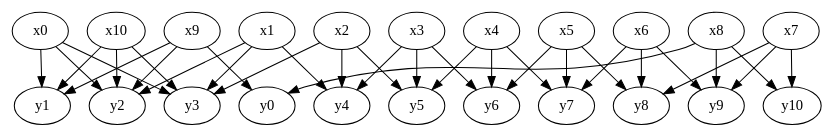
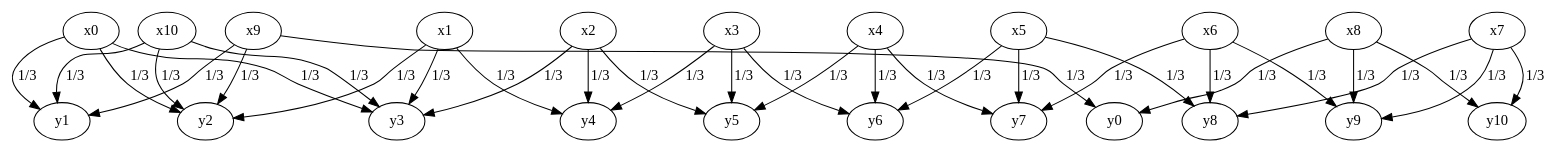
One commit to dilawar/Courses changed the diagram in InformationTheory2015/Assignment04/channel.dot. Above: the diagram before and after it, drawn with Graphviz. The commit also changed 1 other file, not shown here.

```diff
--- a/InformationTheory2015/Assignment04/channel.dot
+++ b/InformationTheory2015/Assignment04/channel.dot
@@ -1,13 +1,13 @@
 digraph channel {
-    x0 -> y1, y2, y3 [ prob = "1/3" ];
-    x1 -> y2, y3, y4 [ prob = "1/3"];
-    x2 -> y3, y4, y5 [ prob = "1/3"];
-    x3 -> y4, y5, y6 [ prob = "1/3" ];
-    x4 -> y5, y6, y7 [ prob = "1/3" ];
-    x5 -> y6, y7, y8 [ prob = "1/3" ];
-    x6 -> y7, y8, y9 [ prob = "1/3" ];
-    x7 -> y8, y9, y10 [ prob = "1/3" ];
-    x8 -> y9, y10, y0 [ prob = "1/3" ];
-    x9 -> y0, y1, y2 [ prob = "1/3" ];
-    x10 -> y1, y2, y3 [ prob = "1/3" ];
+    x0 -> y1, y2, y3 [ label = "1/3" ];
+    x1 -> y2, y3, y4 [ label = "1/3"];
+    x2 -> y3, y4, y5 [ label = "1/3"];
+    x3 -> y4, y5, y6 [ label = "1/3" ];
+    x4 -> y5, y6, y7 [ label = "1/3" ];
+    x5 -> y6, y7, y8 [ label = "1/3" ];
+    x6 -> y7, y8, y9 [ label = "1/3" ];
+    x7 -> y8, y9, y10 [ label = "1/3" ];
+    x8 -> y9, y10, y0 [ label = "1/3" ];
+    x9 -> y0, y1, y2 [ label = "1/3" ];
+    x10 -> y1, y2, y3 [ label = "1/3" ];
 }
```
